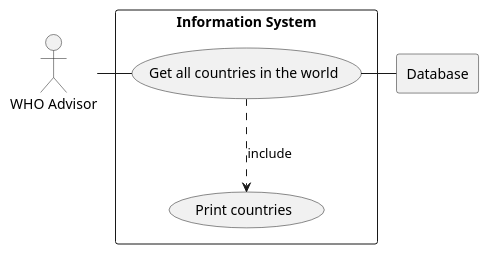
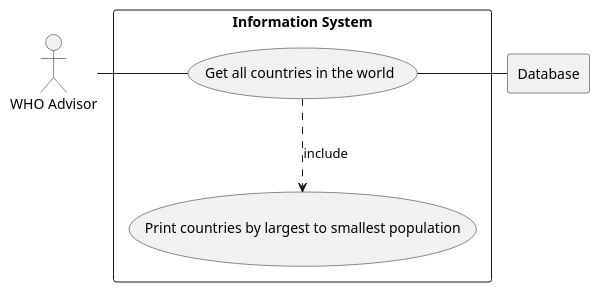
Before and after one commit to OlavJDigranes/SEMCoursework: the diagram in use-cases/Coursework.puml, drawn with PlantUML.

```diff
--- a/use-cases/Coursework.puml
+++ b/use-cases/Coursework.puml
@@ -1,16 +1,16 @@
 @startuml
 actor WHO as "WHO Advisor"
 
 rectangle Database
 
 rectangle "Information System"{
     usecase UC1 as "Get all countries in the world"
 
-    usecase UCa as "Print countries"
+    usecase UCa as "Print countries by largest to smallest population"
 
     WHO - UC1
     UC1 ..> UCa : include
     UC1 - Database
 
 }
 @enduml
```
